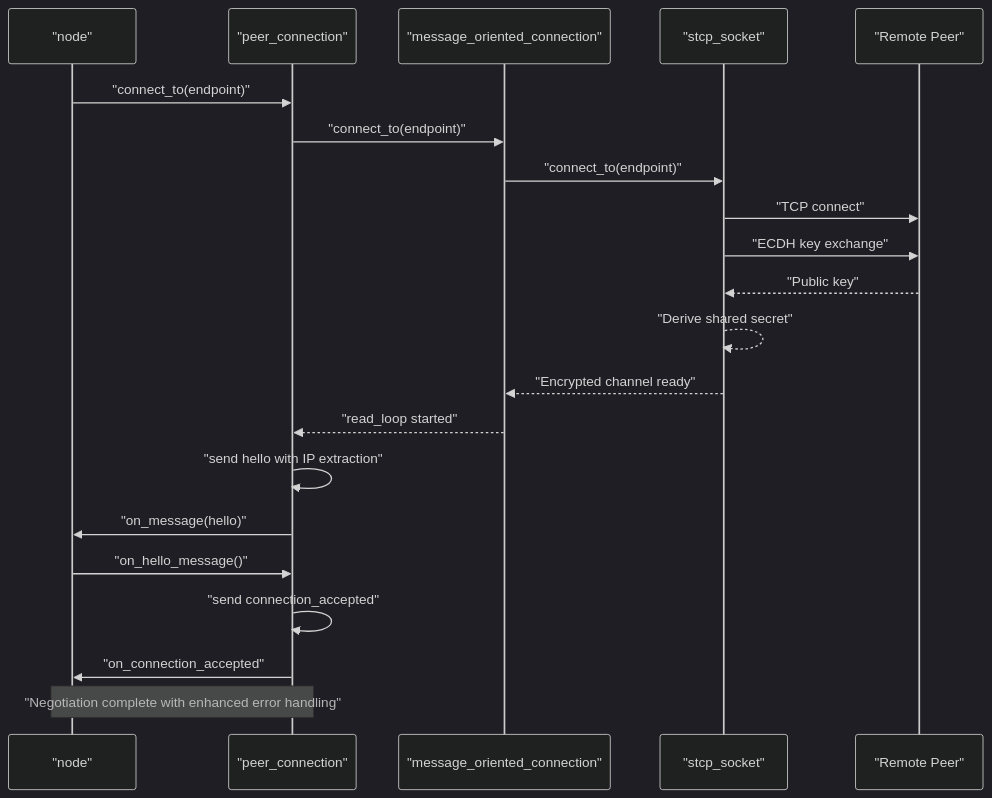
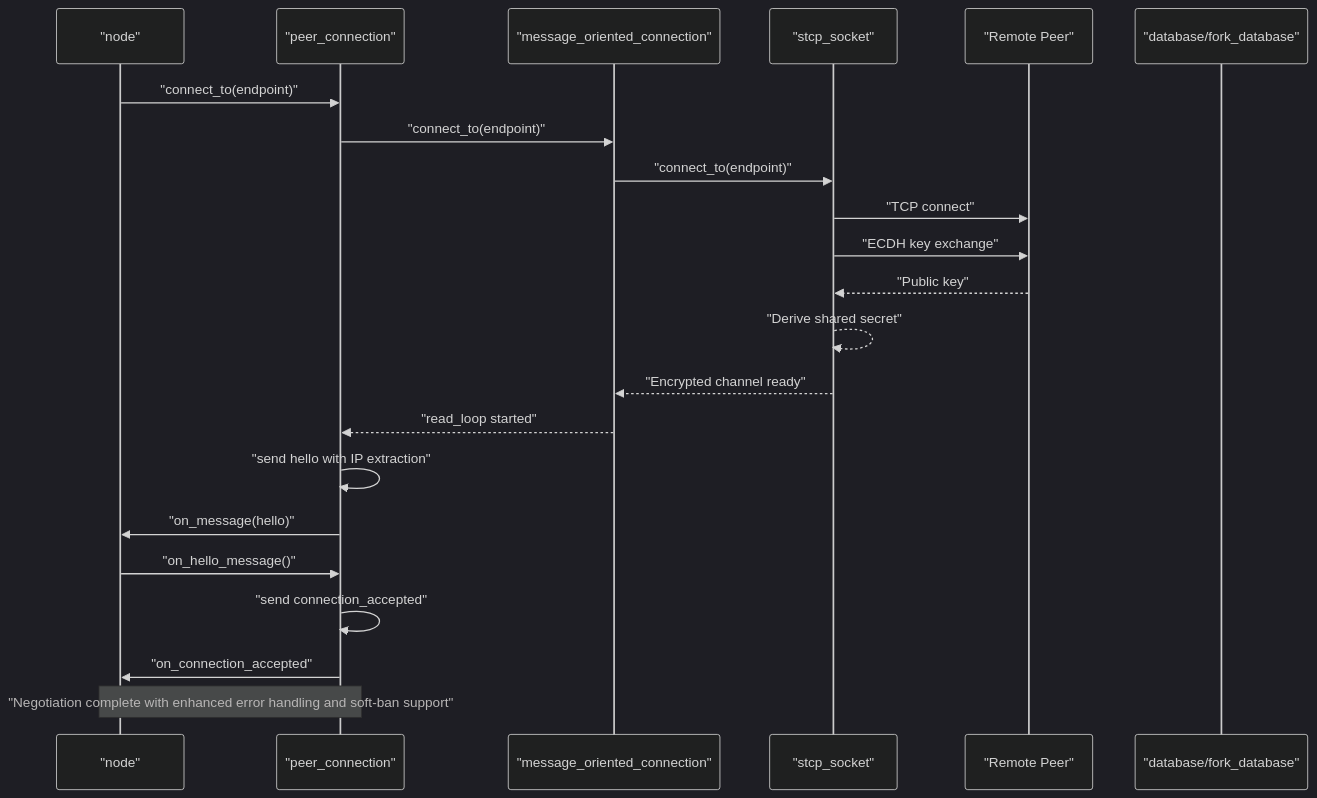
The second of 10 diagrams in .qoder/repowiki/en/content/Architecture Overview/Core Libraries/Network Library/Peer Connection Management.md (VIZ-Blockchain/viz-cpp-node), drawn with Mermaid (dark theme) before and after one commit. The commit also changed other lines of this file and 4 other files, not shown here.

````diff
--- a/.qoder/repowiki/en/content/Architecture Overview/Core Libraries/Network Library/Peer Connection Management.md
+++ b/.qoder/repowiki/en/content/Architecture Overview/Core Libraries/Network Library/Peer Connection Management.md
@@ -128,23 +155,24 @@
 ```mermaid
 sequenceDiagram
 participant Node as "node"
 participant Peer as "peer_connection"
 participant MOC as "message_oriented_connection"
 participant STCP as "stcp_socket"
 participant Remote as "Remote Peer"
+participant Chain as "database/fork_database"
 Node->>Peer : "connect_to(endpoint)"
 Peer->>MOC : "connect_to(endpoint)"
 MOC->>STCP : "connect_to(endpoint)"
 STCP->>Remote : "TCP connect"
 STCP->>Remote : "ECDH key exchange"
 Remote-->>STCP : "Public key"
 STCP-->>STCP : "Derive shared secret"
 STCP-->>MOC : "Encrypted channel ready"
 MOC-->>Peer : "read_loop started"
 Peer->>Peer : "send hello with IP extraction"
 Peer->>Node : "on_message(hello)"
 Node->>Peer : "on_hello_message()"
 Peer->>Peer : "send connection_accepted"
 Peer->>Node : "on_connection_accepted"
-Note over Peer,Node : "Negotiation complete with enhanced error handling"
+Note over Peer,Node : "Negotiation complete with enhanced error handling and soft-ban support"
 ```
````
